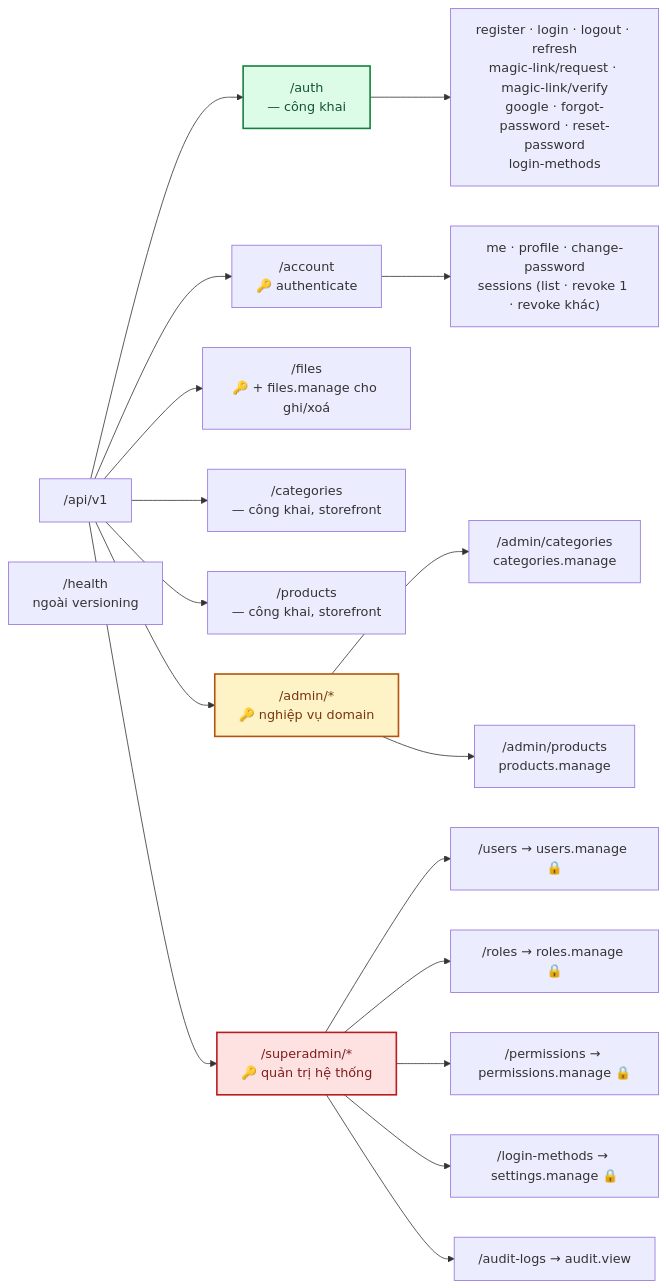
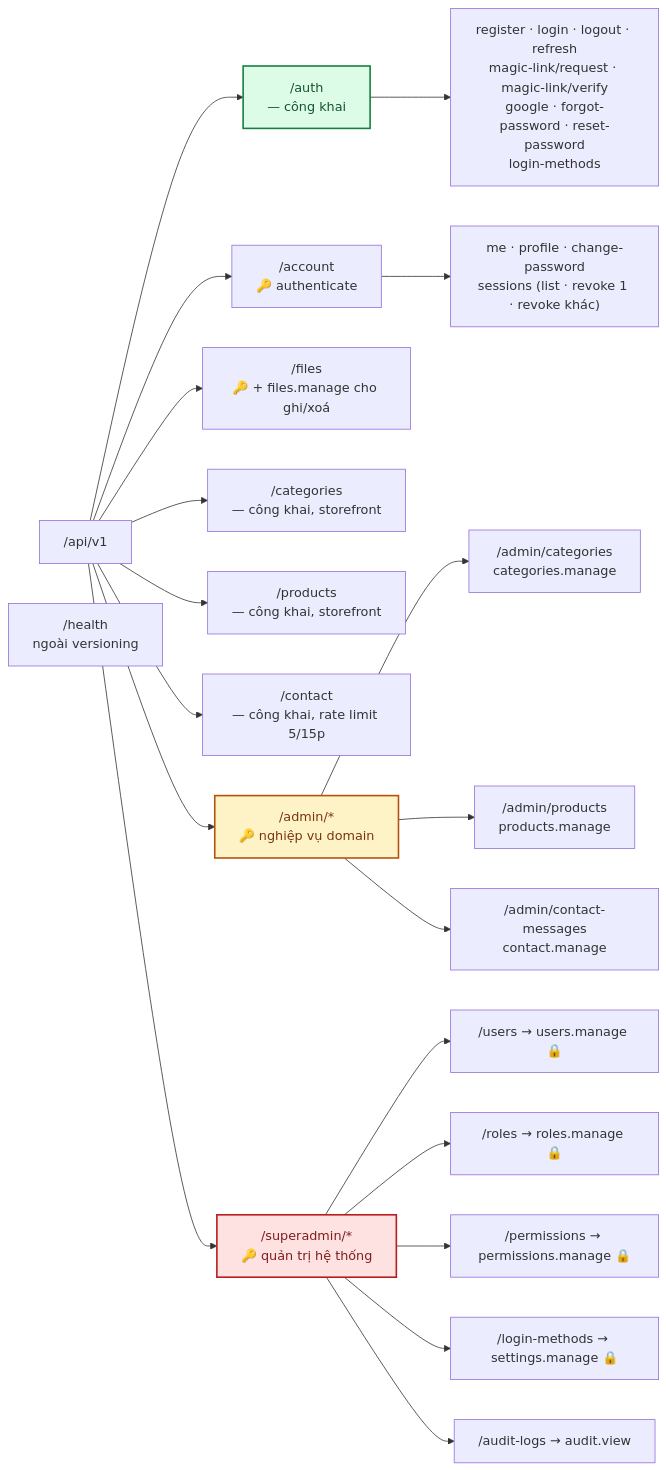
One commit to Hungvu0712/FLOWER changed the first of 2 diagrams in docs/06-api-reference.md. Above: the diagram before and after it, drawn with Mermaid. The commit also changed other lines of this file and 40 other files, not shown here.

````diff
--- a/docs/06-api-reference.md
+++ b/docs/06-api-reference.md
@@ -64,26 +64,28 @@
 ```mermaid
 flowchart LR
     ROOT["/api/v1"] --> AUTH["/auth<br/>— công khai"]
     ROOT --> ACC["/account<br/>🔑 authenticate"]
     ROOT --> FILES["/files<br/>🔑 + files.manage cho ghi/xoá"]
     ROOT --> CAT["/categories<br/>— công khai, storefront"]
     ROOT --> PROD["/products<br/>— công khai, storefront"]
+    ROOT --> CONTACT["/contact<br/>— công khai, rate limit 5/15p"]
     ROOT --> ADM["/admin/*<br/>🔑 nghiệp vụ domain"]
     ROOT --> SA["/superadmin/*<br/>🔑 quản trị hệ thống"]
 
     AUTH --> A1["register · login · logout · refresh<br/>magic-link/request · magic-link/verify<br/>google · forgot-password · reset-password<br/>login-methods"]
     ACC --> C1["me · profile · change-password<br/>sessions (list · revoke 1 · revoke khác)"]
     ADM --> AD1["/admin/categories<br/>categories.manage"]
     ADM --> AD2["/admin/products<br/>products.manage"]
+    ADM --> AD3["/admin/contact-messages<br/>contact.manage"]
     SA --> S1["/users → users.manage 🔒"]
     SA --> S2["/roles → roles.manage 🔒"]
     SA --> S3["/permissions → permissions.manage 🔒"]
     SA --> S4["/login-methods → settings.manage 🔒"]
     SA --> S5["/audit-logs → audit.view"]
 
     HEALTH["/health<br/>ngoài versioning"]
 
     style SA fill:#fee2e2,stroke:#b91c1c,stroke-width:2px,color:#7f1d1d
     style ADM fill:#fef3c7,stroke:#b45309,stroke-width:2px,color:#78350f
     style AUTH fill:#dcfce7,stroke:#15803d,stroke-width:2px,color:#14532d
 ```
````
